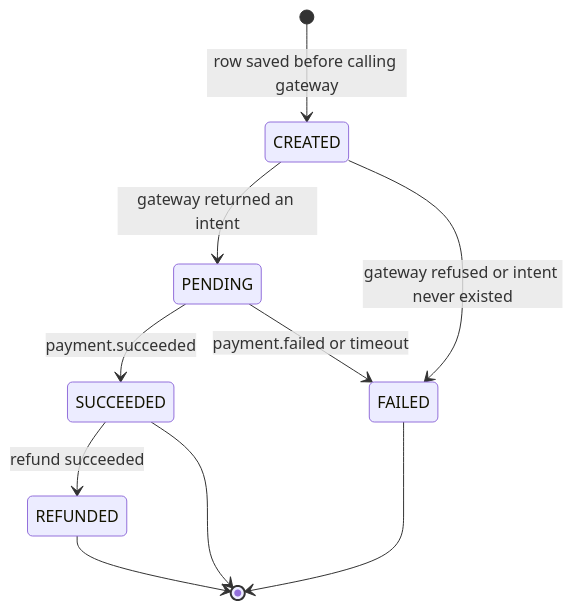
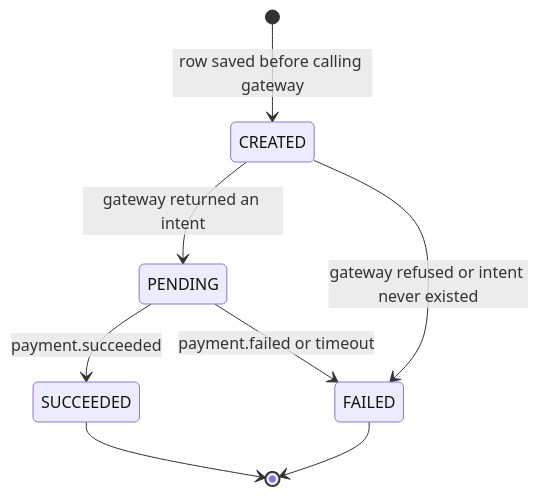
The fourth of 5 diagrams in docs/state-machines.md (asw-beep/TicketLoop), drawn with Mermaid before and after one commit. The commit also changed other lines of this file and 11 other files, not shown here.

First line of the commit message:
Plan: slim the roadmap to seven modules

````diff
--- a/docs/state-machines.md
+++ b/docs/state-machines.md
@@ -209,12 +168,10 @@
 ```mermaid
 stateDiagram-v2
     [*] --> CREATED: row saved before calling gateway
     CREATED --> PENDING: gateway returned an intent
     CREATED --> FAILED: gateway refused or intent never existed
     PENDING --> SUCCEEDED: payment.succeeded
     PENDING --> FAILED: payment.failed or timeout
-    SUCCEEDED --> REFUNDED: refund succeeded
     SUCCEEDED --> [*]
     FAILED --> [*]
-    REFUNDED --> [*]
 ```
````
